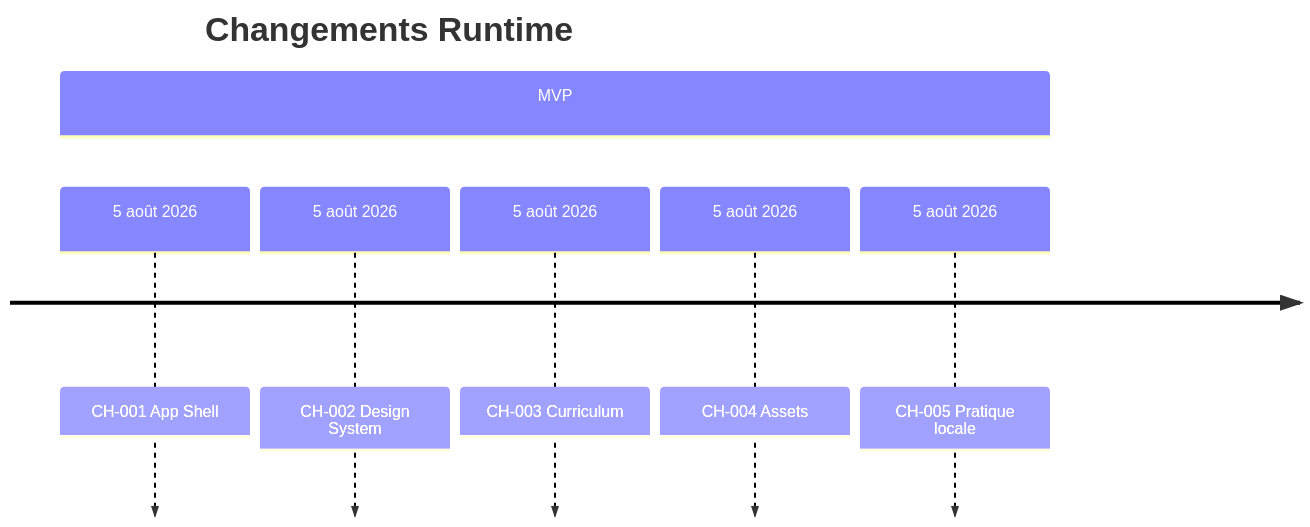
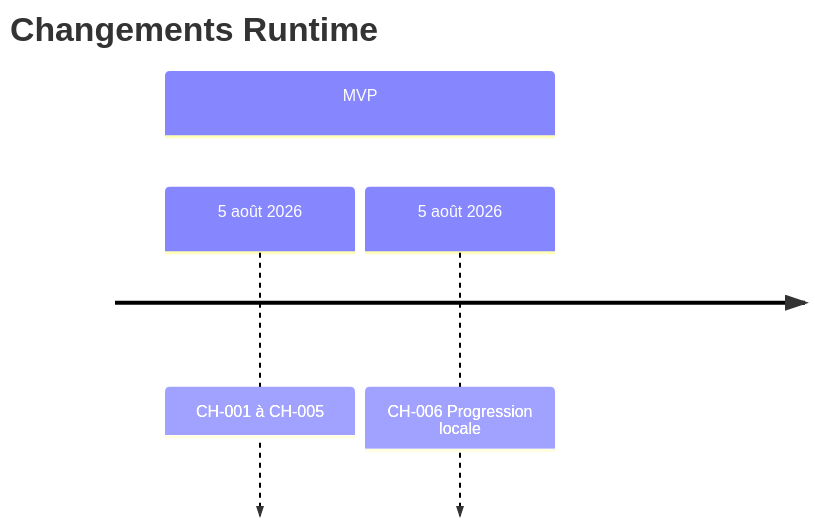
One commit to JavaChrist/Tai-Chi-AI-Coach changed the diagram in docs/runtime/17_CHANGE_HISTORY.md. Above: the diagram before and after it, drawn with Mermaid. The commit also changed other lines of this file and 17 other files, not shown here.

````diff
--- a/docs/runtime/17_CHANGE_HISTORY.md
+++ b/docs/runtime/17_CHANGE_HISTORY.md
@@ -42,10 +41,7 @@
 ```mermaid
 timeline
   title Changements Runtime
   section MVP
-    5 août 2026 : CH-001 App Shell
-    5 août 2026 : CH-002 Design System
-    5 août 2026 : CH-003 Curriculum
-    5 août 2026 : CH-004 Assets
-    5 août 2026 : CH-005 Pratique locale
+    5 août 2026 : CH-001 à CH-005
+    5 août 2026 : CH-006 Progression locale
 ```
````
